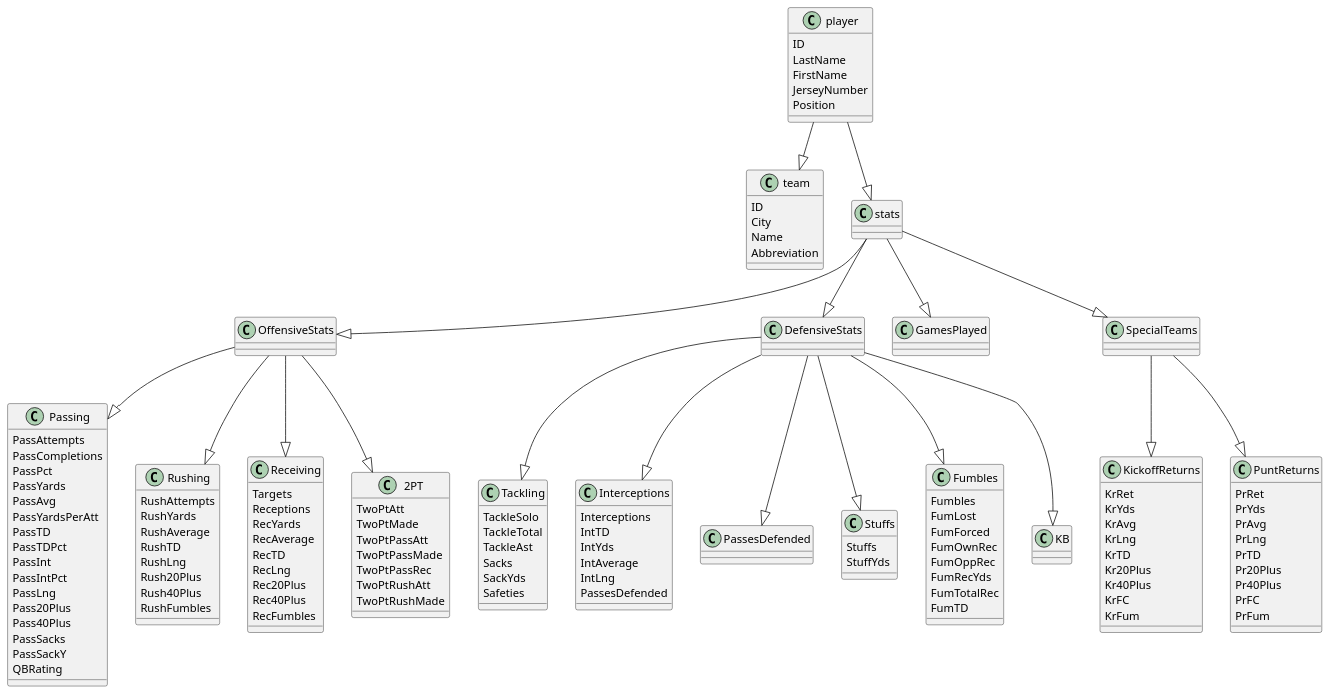
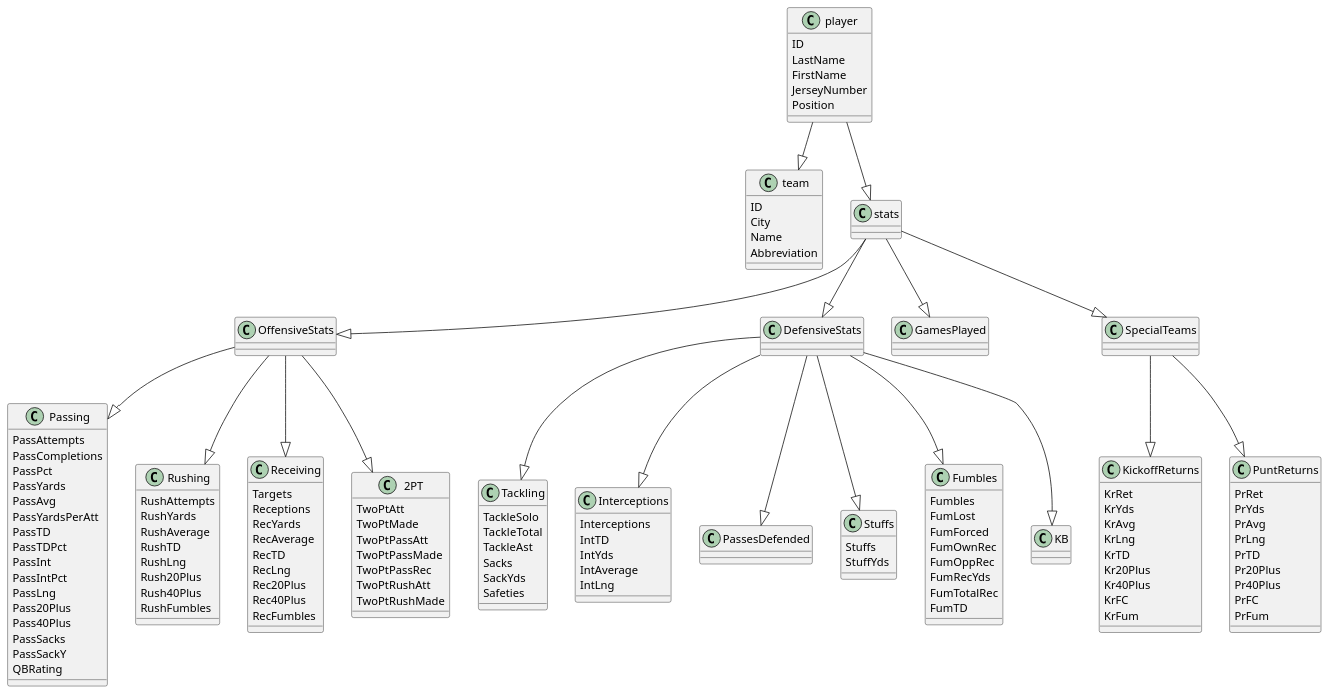
One commit to aarce104/SportsAnalyticsSoftware changed the diagram in src/main/QB_stats.puml. Above: the diagram before and after it, drawn with PlantUML. The commit also changed 3 other files, not shown here.

```diff
--- a/src/main/QB_stats.puml
+++ b/src/main/QB_stats.puml
@@ -1,158 +1,157 @@
 @startuml
 
 class player
 class team
 class stats
 class OffensiveStats
 class DefensiveStats
 
 
 player --|> team
 player --|> stats
 stats --|> GamesPlayed
 stats --|> OffensiveStats
 stats --|> DefensiveStats
 stats --|> SpecialTeams
 OffensiveStats --|> Passing
 OffensiveStats --|> Rushing
 OffensiveStats --|> Receiving
 OffensiveStats --|> 2PT
 DefensiveStats --|> Tackling
 DefensiveStats --|> Interceptions
 DefensiveStats --|> PassesDefended
 DefensiveStats --|> Stuffs
 DefensiveStats --|> Fumbles
 DefensiveStats --|> KB
 SpecialTeams --|> KickoffReturns
 SpecialTeams --|> PuntReturns
 
 class player {
 ID
 LastName
 FirstName
 JerseyNumber
 Position
 }
 
 class team {
 ID
 City
 Name
 Abbreviation
 }
 
 class Passing {
 PassAttempts
 PassCompletions
 PassPct
 PassYards
 PassAvg
 PassYardsPerAtt
 PassTD
 PassTDPct
 PassInt
 PassIntPct
 PassLng
 Pass20Plus
 Pass40Plus
 PassSacks
 PassSackY
 QBRating
 }
 
 class Receiving {
 Targets
 Receptions
 RecYards
 RecAverage
 RecTD
 RecLng
 Rec20Plus
 Rec40Plus
 RecFumbles
 }
 
 class Rushing {
 RushAttempts
 RushYards
 RushAverage
 RushTD
 RushLng
 Rush20Plus
 Rush40Plus
 RushFumbles
 }
 
 class Tackling {
 TackleSolo
 TackleTotal
 TackleAst
 Sacks
 SackYds
 Safeties
 }
 
 class Interceptions {
 Interceptions
 IntTD
 IntYds
 IntAverage
 IntLng
-PassesDefended
 }
 
 class Fumbles {
 Fumbles
 FumLost
 FumForced
 FumOwnRec
 FumOppRec
 FumRecYds
 FumTotalRec
 FumTD
 }
 
 class SpecialTeams {
 
 }
 
 class KickoffReturns {
 KrRet
 KrYds
 KrAvg
 KrLng
 KrTD
 Kr20Plus
 Kr40Plus
 KrFC
 KrFum
 }
 
 class PuntReturns {
 PrRet
 PrYds
 PrAvg
 PrLng
 PrTD
 Pr20Plus
 Pr40Plus
 PrFC
 PrFum
 }
 
 class Stuffs {
 Stuffs
 StuffYds
 }
 
 class 2PT {
 TwoPtAtt
 TwoPtMade
 TwoPtPassAtt
 TwoPtPassMade
 TwoPtPassRec
 TwoPtRushAtt
 TwoPtRushMade
 }
 
 @enduml
```
